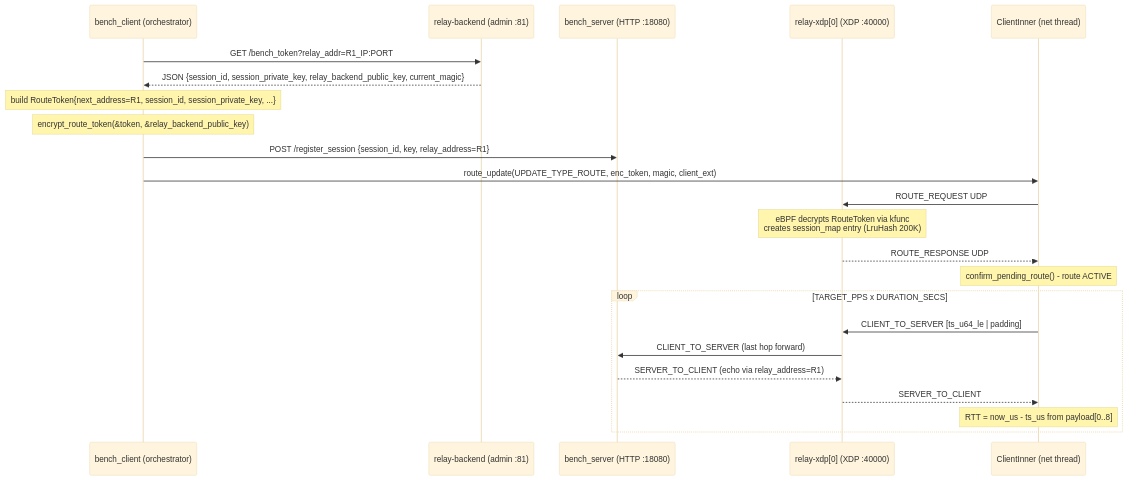
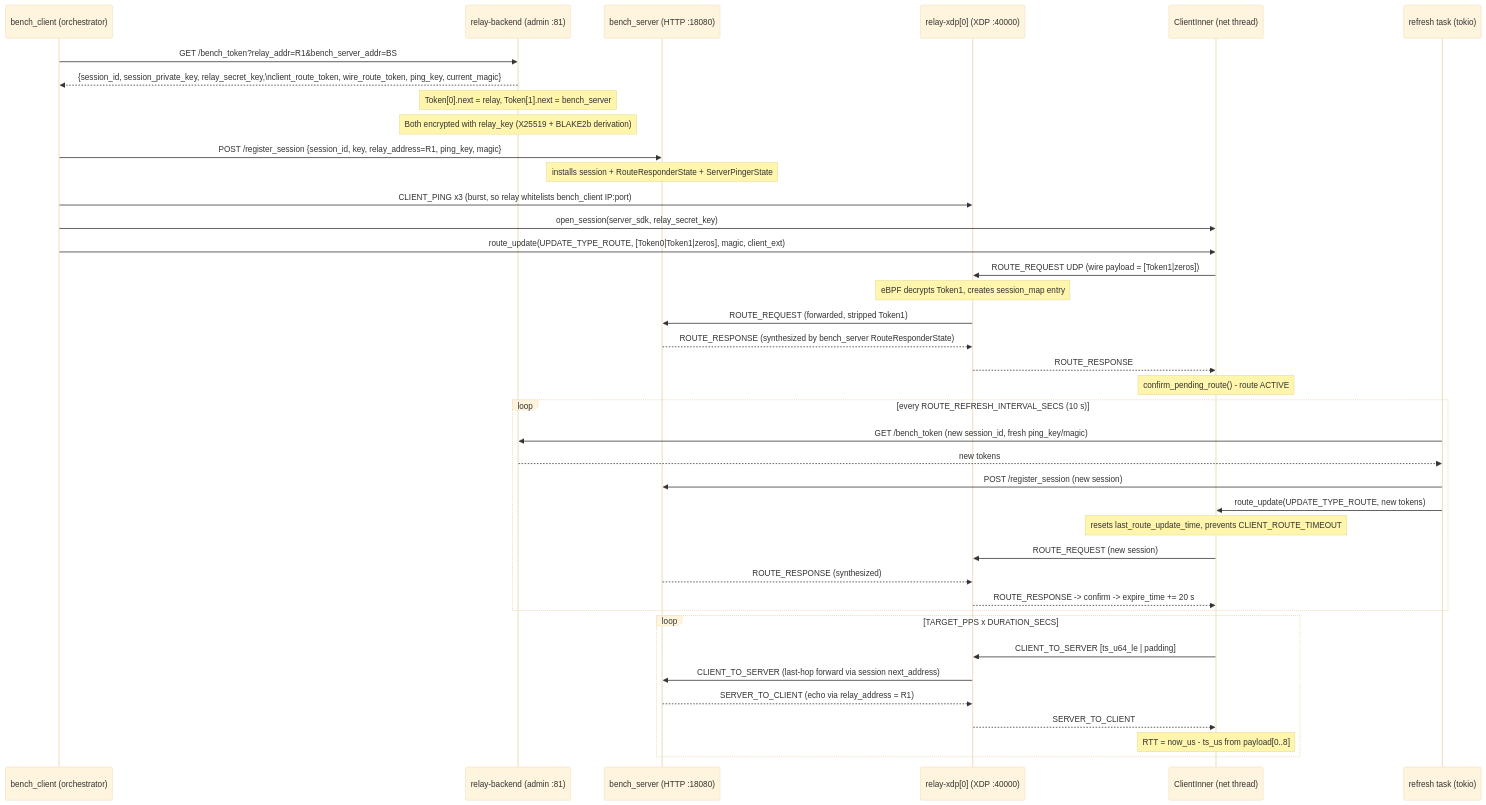
The third of 4 diagrams in relay-bench/README.md (brianpht/relay-xdp), drawn with Mermaid (base theme) before and after one commit. The commit also changed other lines of this file and 4 other files, not shown here.

````diff
--- a/relay-bench/README.md
+++ b/relay-bench/README.md
@@ -99,26 +119,46 @@
 ```mermaid
 sequenceDiagram
   participant BC as bench_client (orchestrator)
   participant RB as relay-backend (admin :81)
   participant BS as bench_server (HTTP :18080)
   participant R1 as relay-xdp[0] (XDP :40000)
   participant CI as ClientInner (net thread)
+  participant RT as refresh task (tokio)
 
-  BC ->> RB: GET /bench_token?relay_addr=R1_IP:PORT
-  RB -->> BC: JSON {session_id, session_private_key, relay_backend_public_key, current_magic}
-  Note over BC: build RouteToken{next_address=R1, session_id, session_private_key, ...}
-  Note over BC: encrypt_route_token(&token, &relay_backend_public_key)
-  BC ->> BS: POST /register_session {session_id, key, relay_address=R1}
-  BC ->> CI: route_update(UPDATE_TYPE_ROUTE, enc_token, magic, client_ext)
-  CI ->> R1: ROUTE_REQUEST UDP
-  Note over R1: eBPF decrypts RouteToken via kfunc<br/>creates session_map entry (LruHash 200K)
-  R1 -->> CI: ROUTE_RESPONSE UDP
+  BC ->> RB: GET /bench_token?relay_addr=R1&bench_server_addr=BS
+  RB -->> BC: {session_id, session_private_key, relay_secret_key,\nclient_route_token, wire_route_token, ping_key, current_magic}
+  Note over RB: Token[0].next = relay, Token[1].next = bench_server
+  Note over RB: Both encrypted with relay_key (X25519 + BLAKE2b derivation)
+
+  BC ->> BS: POST /register_session {session_id, key, relay_address=R1, ping_key, magic}
+  Note over BS: installs session + RouteResponderState + ServerPingerState
+
+  BC ->> R1: CLIENT_PING x3 (burst, so relay whitelists bench_client IP:port)
+  BC ->> CI: open_session(server_sdk, relay_secret_key)
+  BC ->> CI: route_update(UPDATE_TYPE_ROUTE, [Token0|Token1|zeros], magic, client_ext)
+  CI ->> R1: ROUTE_REQUEST UDP (wire payload = [Token1|zeros])
+  Note over R1: eBPF decrypts Token1, creates session_map entry
+  R1 ->> BS: ROUTE_REQUEST (forwarded, stripped Token1)
+  BS -->> R1: ROUTE_RESPONSE (synthesized by bench_server RouteResponderState)
+  R1 -->> CI: ROUTE_RESPONSE
   Note over CI: confirm_pending_route() - route ACTIVE
+
+  loop every ROUTE_REFRESH_INTERVAL_SECS (10 s)
+    RT ->> RB: GET /bench_token (new session_id, fresh ping_key/magic)
+    RB -->> RT: new tokens
+    RT ->> BS: POST /register_session (new session)
+    RT ->> CI: route_update(UPDATE_TYPE_ROUTE, new tokens)
+    Note over CI: resets last_route_update_time, prevents CLIENT_ROUTE_TIMEOUT
+    CI ->> R1: ROUTE_REQUEST (new session)
+    BS -->> R1: ROUTE_RESPONSE (synthesized)
+    R1 -->> CI: ROUTE_RESPONSE -> confirm -> expire_time += 20 s
+  end
+
   loop TARGET_PPS x DURATION_SECS
     CI ->> R1: CLIENT_TO_SERVER [ts_u64_le | padding]
-    R1 ->> BS: CLIENT_TO_SERVER (last hop forward)
-    BS -->> R1: SERVER_TO_CLIENT (echo via relay_address=R1)
+    R1 ->> BS: CLIENT_TO_SERVER (last-hop forward via session next_address)
+    BS -->> R1: SERVER_TO_CLIENT (echo via relay_address = R1)
     R1 -->> CI: SERVER_TO_CLIENT
     Note over CI: RTT = now_us - ts_us from payload[0..8]
   end
 ```
````
